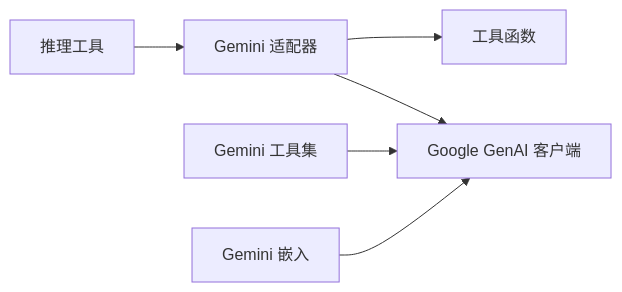
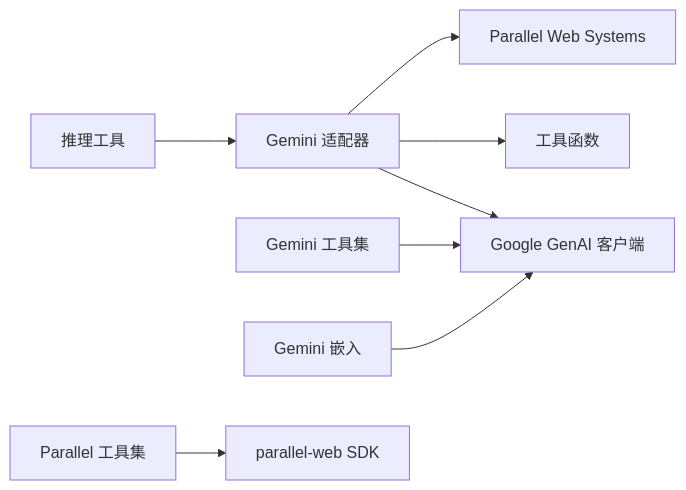
The ninth of 9 diagrams in .qoder/repowiki/zh/content/模型适配器/Google 模型.md (defulat-coder/agno-learn), drawn with Mermaid before and after one commit. The commit also changed other lines of this file and 1683 other files, not shown here.

````diff
--- a/.qoder/repowiki/zh/content/模型适配器/Google 模型.md
+++ b/.qoder/repowiki/zh/content/模型适配器/Google 模型.md
@@ -287,8 +354,10 @@
 ```mermaid
 graph LR
 Gemini["Gemini 适配器"] --> Utils["工具函数"]
 Gemini --> Provider["Google GenAI 客户端"]
+Gemini --> Parallel["Parallel Web Systems"]
 Tools["Gemini 工具集"] --> Provider
 Embedder["Gemini 嵌入"] --> Provider
 Reasoning["推理工具"] --> Gemini
+ParallelTools["Parallel 工具集"] --> ParallelSDK["parallel-web SDK"]
 ```
````
